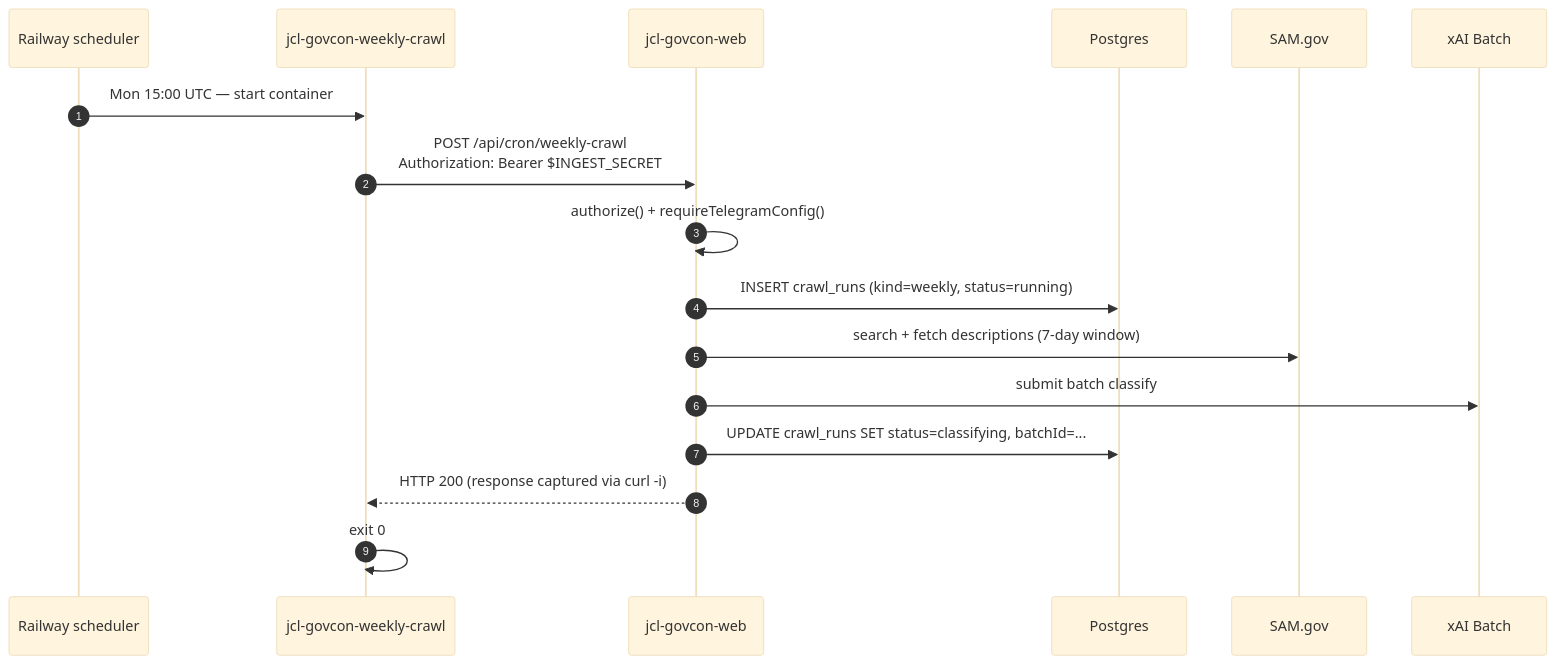
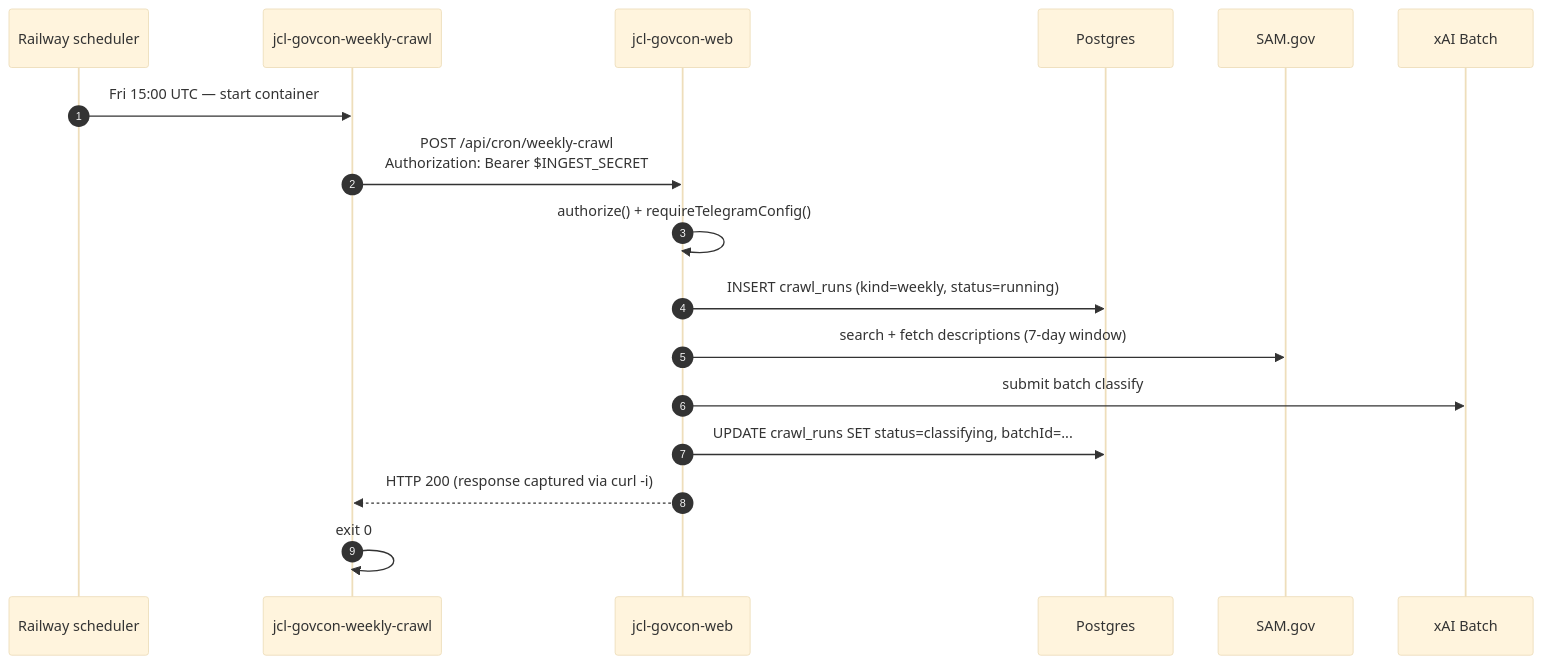
The diagram in docs/deployment-railway.md (jopt1n/jcl-govcon), drawn with Mermaid (base theme) before and after one commit. The commit also changed other lines of this file and 52 other files, not shown here.

````diff
--- a/docs/deployment-railway.md
+++ b/docs/deployment-railway.md
@@ -17,20 +17,20 @@
 ```mermaid
 sequenceDiagram
     autonumber
     participant R as Railway scheduler
     participant C as jcl-govcon-weekly-crawl
     participant W as jcl-govcon-web
     participant DB as Postgres
     participant SAM as SAM.gov
     participant X as xAI Batch
 
-    R->>C: Mon 15:00 UTC — start container
+    R->>C: Fri 15:00 UTC — start container
     C->>W: POST /api/cron/weekly-crawl<br/>Authorization: Bearer $INGEST_SECRET
     W->>W: authorize() + requireTelegramConfig()
     W->>DB: INSERT crawl_runs (kind=weekly, status=running)
     W->>SAM: search + fetch descriptions (7-day window)
     W->>X: submit batch classify
     W->>DB: UPDATE crawl_runs SET status=classifying, batchId=...
     W-->>C: HTTP 200 (response captured via curl -i)
     C->>C: exit 0
 ```
````
